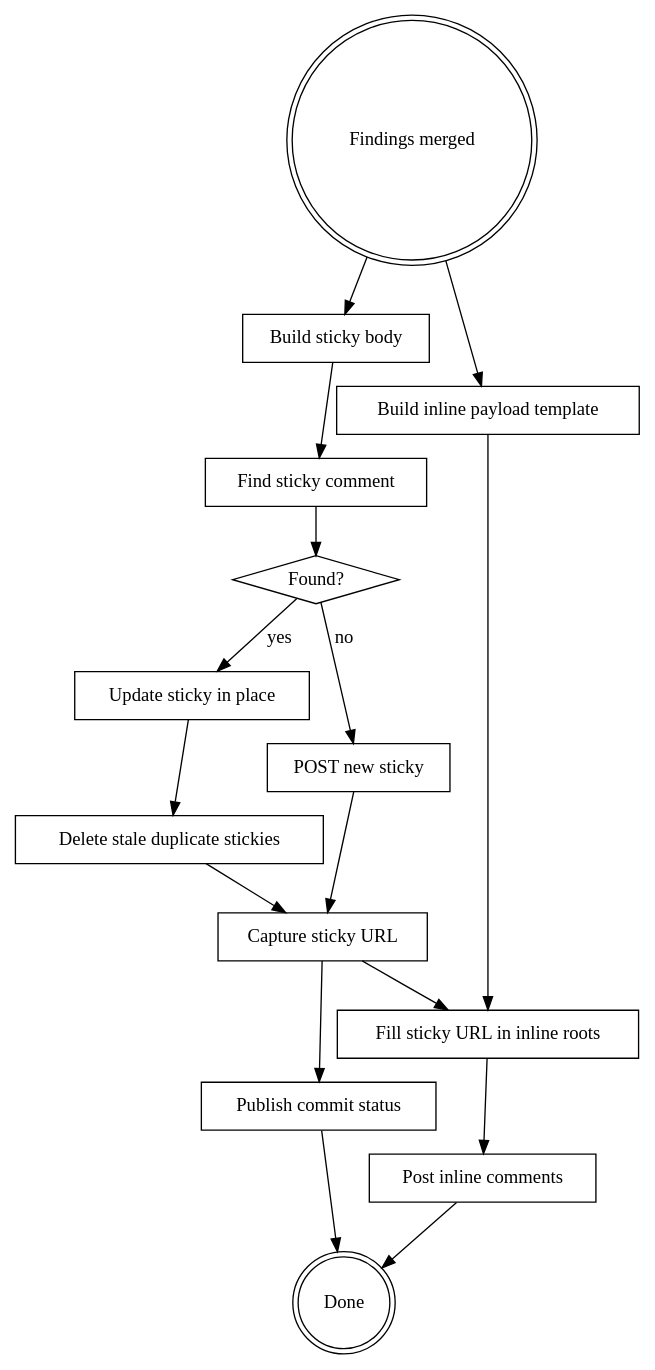
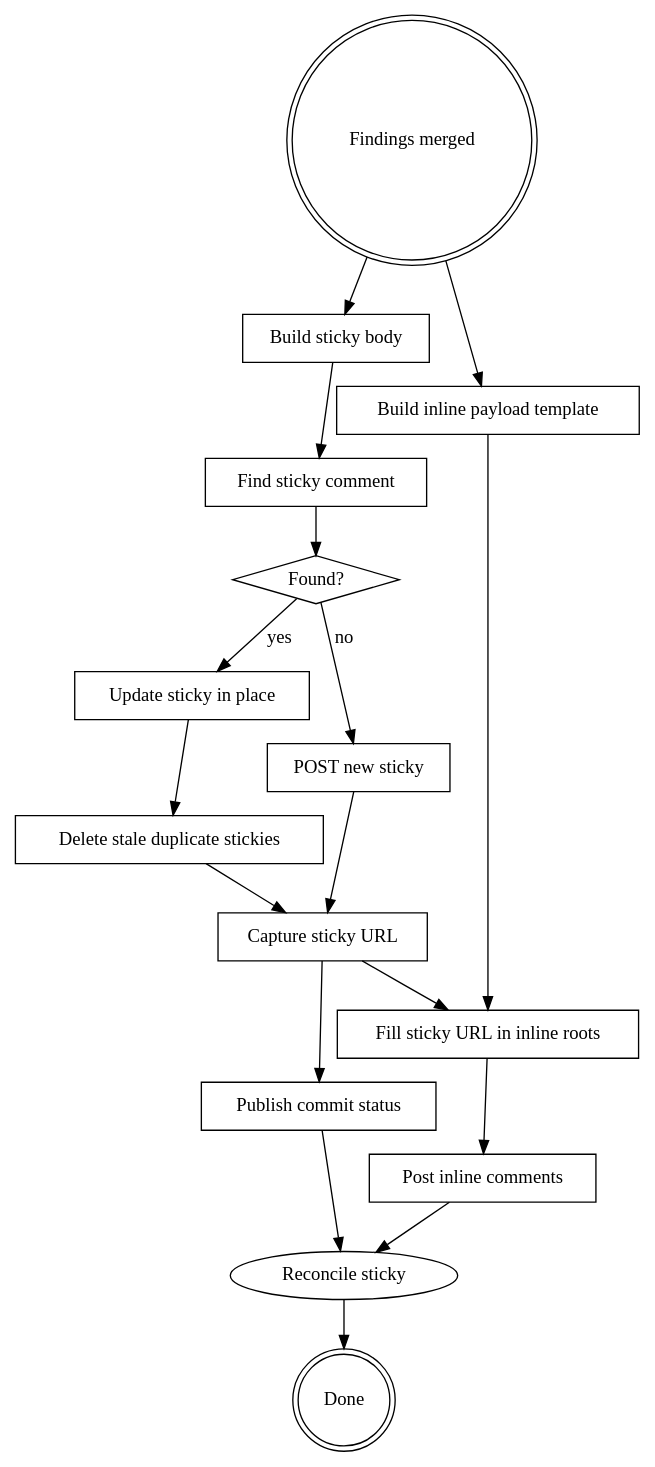
The third of 3 diagrams in skills/pr-review/SKILL.md (kirkchen/cadence), drawn with Graphviz before and after one commit. The commit also changed other lines of this file and 4 other files, not shown here.

````diff
--- a/skills/pr-review/SKILL.md
+++ b/skills/pr-review/SKILL.md
@@ -879,33 +973,34 @@
 ```dot
 digraph publish {
   "Findings merged" [shape=doublecircle];
   "Build sticky body" [shape=box];
   "Build inline payload template" [shape=box];
   "Find sticky comment" [shape=box];
   "Found?" [shape=diamond];
   "Update sticky in place" [shape=box];
   "Delete stale duplicate stickies" [shape=box];
   "POST new sticky" [shape=box];
   "Capture sticky URL" [shape=box];
   "Publish commit status" [shape=box];
   "Fill sticky URL in inline roots" [shape=box];
   "Post inline comments" [shape=box];
   "Done" [shape=doublecircle];
 
   "Findings merged" -> "Build sticky body";
   "Findings merged" -> "Build inline payload template";
   "Build sticky body" -> "Find sticky comment";
   "Find sticky comment" -> "Found?";
   "Found?" -> "Update sticky in place" [label="yes"];
   "Found?" -> "POST new sticky" [label="no"];
   "Update sticky in place" -> "Delete stale duplicate stickies";
   "Delete stale duplicate stickies" -> "Capture sticky URL";
   "POST new sticky" -> "Capture sticky URL";
   "Capture sticky URL" -> "Publish commit status";
   "Capture sticky URL" -> "Fill sticky URL in inline roots";
   "Build inline payload template" -> "Fill sticky URL in inline roots";
   "Fill sticky URL in inline roots" -> "Post inline comments";
-  "Publish commit status" -> "Done";
-  "Post inline comments" -> "Done";
+  "Publish commit status" -> "Reconcile sticky";
+  "Post inline comments" -> "Reconcile sticky";
+  "Reconcile sticky" -> "Done";
 }
 ```
````
